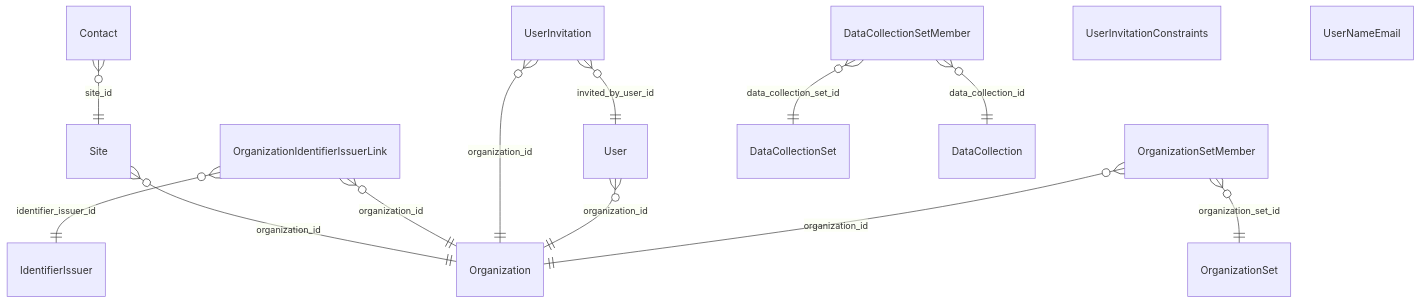
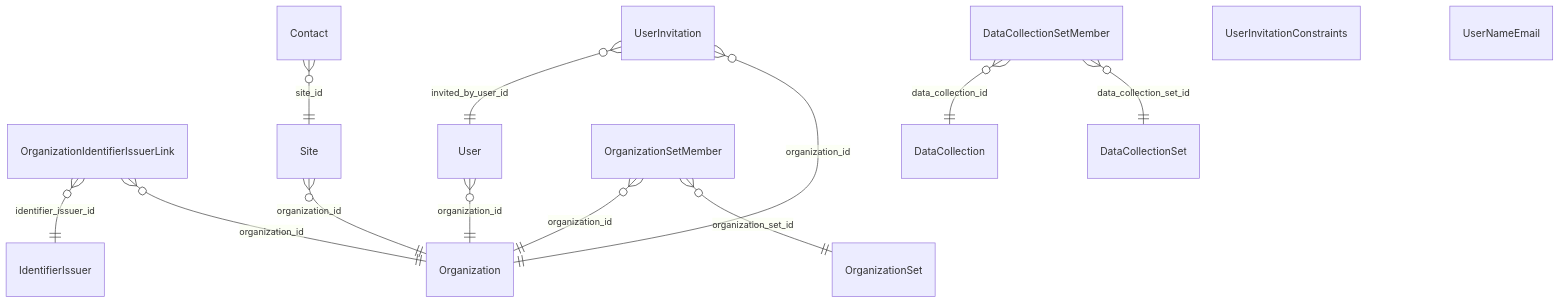
Before and after one commit to RIVM-bioinformatics/gen-epix-api: the diagram in docs/erm/omopdb.organization.md, drawn with Mermaid. The commit also changed other lines of this file and 270 other files, not shown here.

````diff
--- a/docs/erm/omopdb.organization.md
+++ b/docs/erm/omopdb.organization.md
@@ -5,24 +5,24 @@
 ```mermaid
 erDiagram
     %% omopdb / ORGANIZATION (simplified)
 
     %% Relationships
-    Site }o--|| Organization : "organization_id"
-    Contact }o--|| Site : "site_id"
     OrganizationIdentifierIssuerLink }o--|| Organization : "organization_id"
     OrganizationIdentifierIssuerLink }o--|| IdentifierIssuer : "identifier_issuer_id"
     UserInvitation }o--|| Organization : "organization_id"
     UserInvitation }o--|| User : "invited_by_user_id"
-    User }o--|| Organization : "organization_id"
+    Contact }o--|| Site : "site_id"
+    Site }o--|| Organization : "organization_id"
     OrganizationSetMember }o--|| OrganizationSet : "organization_set_id"
     OrganizationSetMember }o--|| Organization : "organization_id"
     DataCollectionSetMember }o--|| DataCollectionSet : "data_collection_set_id"
     DataCollectionSetMember }o--|| DataCollection : "data_collection_id"
+    User }o--|| Organization : "organization_id"
 
     UserInvitationConstraints {
     }
 
     UserNameEmail {
     }
 
 ```
````
